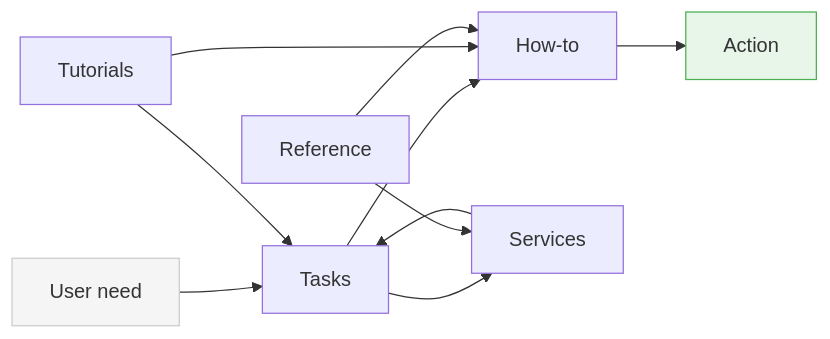
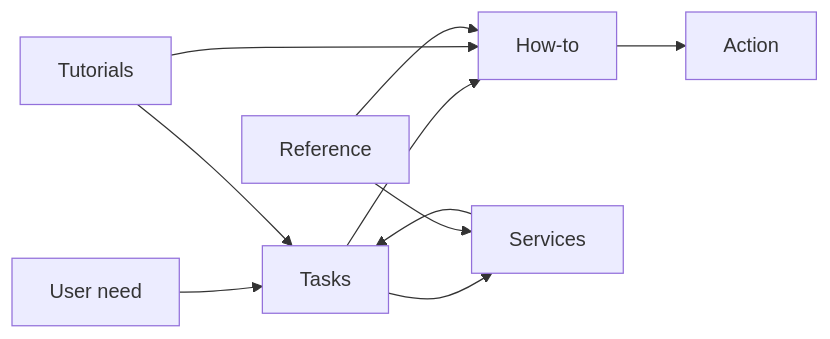
One commit to uct-eresearch/eresearch-documentation changed the diagram in CONTRIBUTING.md. Above: the diagram before and after it, drawn with Mermaid. The commit also changed other lines of this file and 4 other files, not shown here.

````diff
--- a/CONTRIBUTING.md
+++ b/CONTRIBUTING.md
@@ -23,18 +126,15 @@
 ```mermaid
 flowchart LR
 
     A[User need] --> B[Tasks]
     B --> C[How-to]
     B --> D[Services]
     C --> E[Action]
     D --> B
 
     F[Tutorials] --> B
     F --> C
 
     G[Reference] --> C
     G --> D
-
-    style A fill:#f5f5f5,stroke:#ccc
-    style E fill:#e8f5e9,stroke:#4caf50
 ```
````
